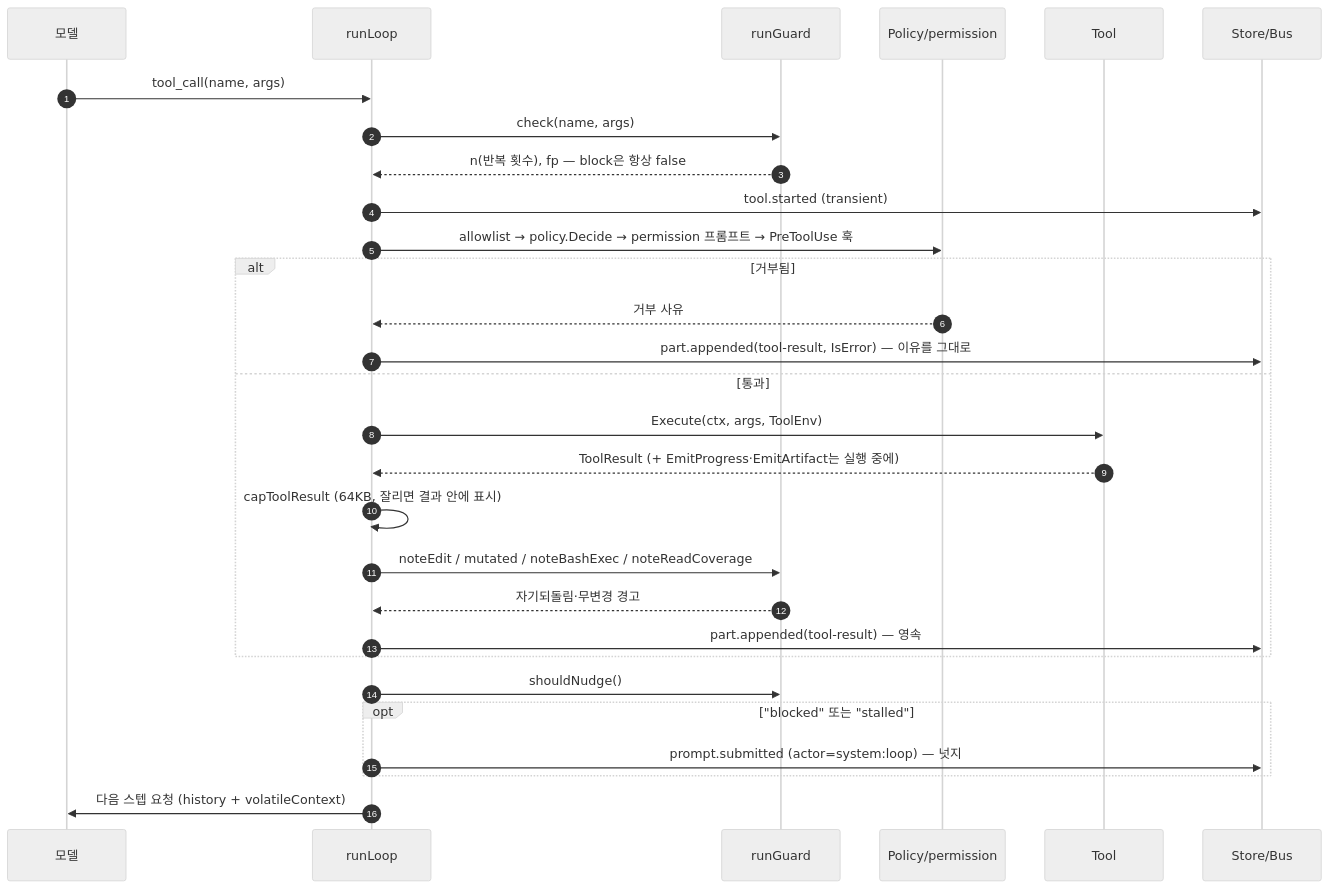
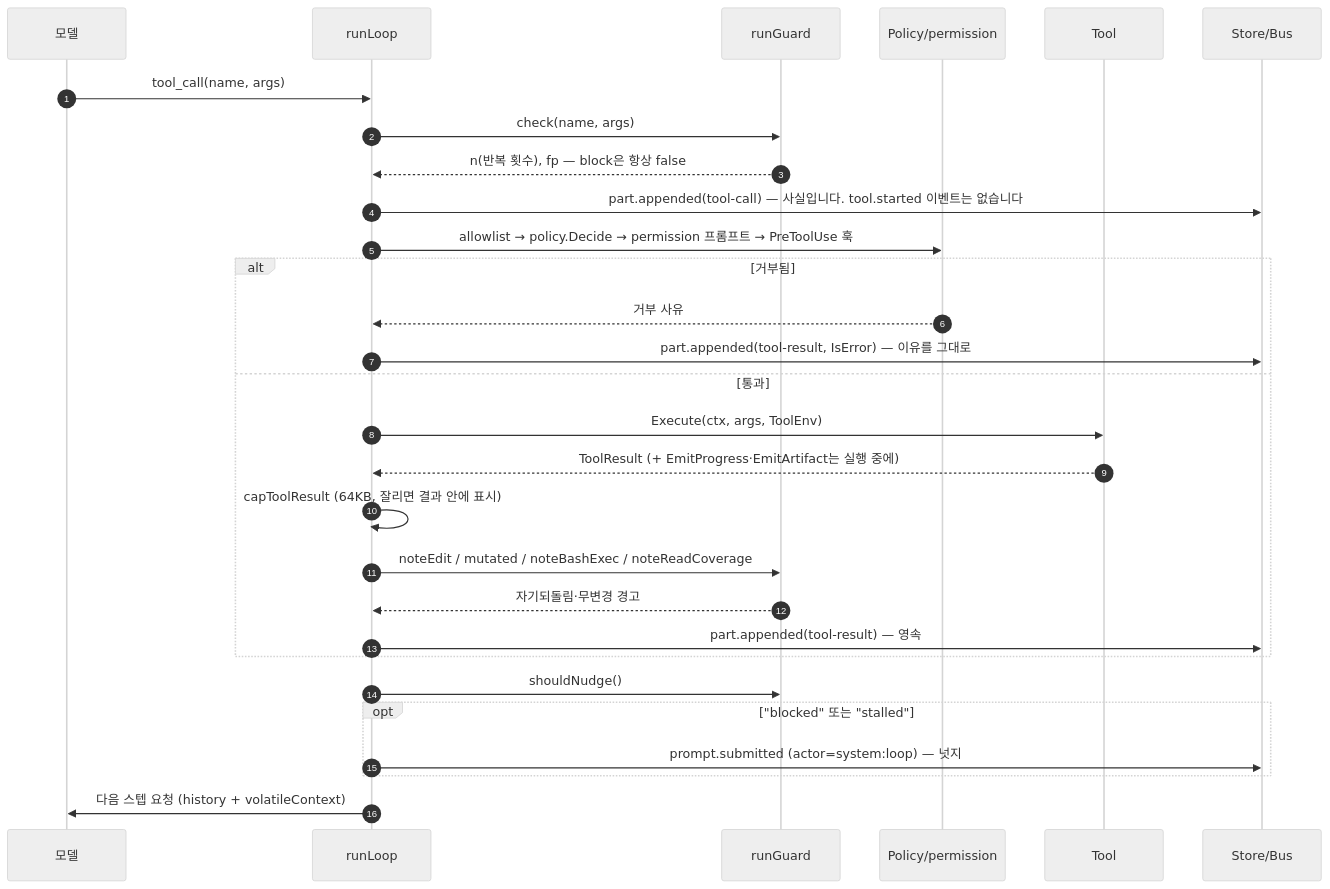
Before and after one commit to sayaya1090/magi: diagram 11 of 18 in docs/DIAGRAMS.ko.md, drawn with Mermaid. The commit also changed 8 other files, not shown here.

````diff
--- a/docs/DIAGRAMS.ko.md
+++ b/docs/DIAGRAMS.ko.md
@@ -739,33 +739,33 @@
 ```mermaid
 %%{init: {'theme':'neutral'}}%%
 sequenceDiagram
   autonumber
   participant M as 모델
   participant L as runLoop
   participant G as runGuard
   participant P as Policy/permission
   participant T as Tool
   participant S as Store/Bus
 
   M->>L: tool_call(name, args)
   L->>G: check(name, args)
   G-->>L: n(반복 횟수), fp — block은 항상 false
-  L->>S: tool.started (transient)
+  L->>S: part.appended(tool-call) — 사실입니다. tool.started 이벤트는 없습니다
   L->>P: allowlist → policy.Decide → permission 프롬프트 → PreToolUse 훅
   alt 거부됨
     P-->>L: 거부 사유
     L->>S: part.appended(tool-result, IsError) — 이유를 그대로
   else 통과
     L->>T: Execute(ctx, args, ToolEnv)
     T-->>L: ToolResult (+ EmitProgress·EmitArtifact는 실행 중에)
     L->>L: capToolResult (64KB, 잘리면 결과 안에 표시)
     L->>G: noteEdit / mutated / noteBashExec / noteReadCoverage
     G-->>L: 자기되돌림·무변경 경고
     L->>S: part.appended(tool-result) — 영속
   end
   L->>G: shouldNudge()
   opt "blocked" 또는 "stalled"
     L->>S: prompt.submitted (actor=system:loop) — 넛지
   end
   L->>M: 다음 스텝 요청 (history + volatileContext)
 ```
````
